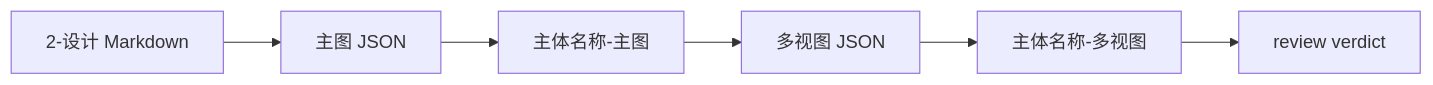
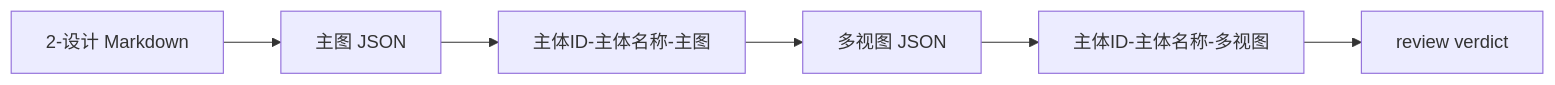
Before and after one commit to ZEN-VOID/AI-CUT: the diagram in .agents/skills/aigc/5-设计/道具/3-生成/README.md, drawn with Mermaid. The commit also changed other lines of this file and 106 other files, not shown here.

````diff
--- a/.agents/skills/aigc/5-设计/道具/3-生成/README.md
+++ b/.agents/skills/aigc/5-设计/道具/3-生成/README.md
@@ -33,8 +33,8 @@
 ```mermaid
 flowchart LR
     A["2-设计 Markdown"] --> B["主图 JSON"]
-    B --> C["主体名称-主图"]
+    B --> C["主体ID-主体名称-主图"]
     C --> D["多视图 JSON"]
-    D --> E["主体名称-多视图"]
+    D --> E["主体ID-主体名称-多视图"]
     E --> F["review verdict"]
 ```
````
